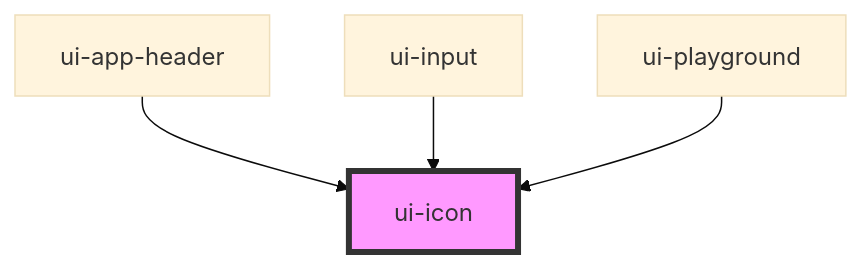
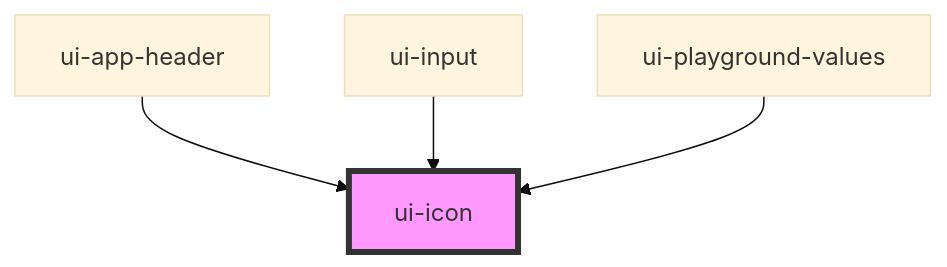
Before and after one commit to shahzad1970/psycho-ui: the diagram in src/components/ui-icon/readme.md, drawn with Mermaid (base theme). The commit also changed other lines of this file and 285 other files, not shown here.

````diff
--- a/src/components/ui-icon/readme.md
+++ b/src/components/ui-icon/readme.md
@@ -27,7 +27,7 @@
 ```mermaid
 graph TD;
   ui-app-header --> ui-icon
   ui-input --> ui-icon
-  ui-playground --> ui-icon
+  ui-playground-values --> ui-icon
   style ui-icon fill:#f9f,stroke:#333,stroke-width:4px
 ```
````
